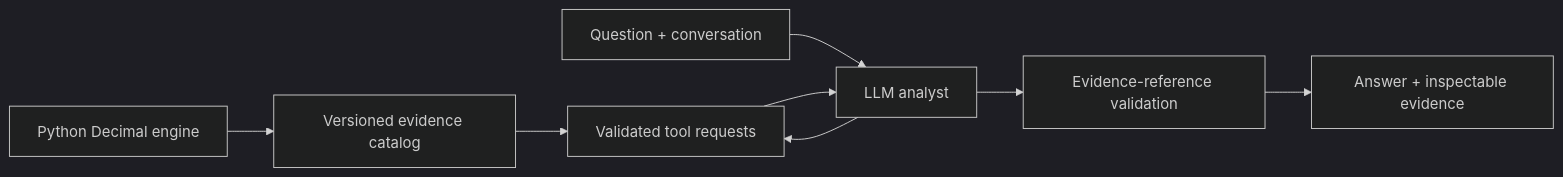
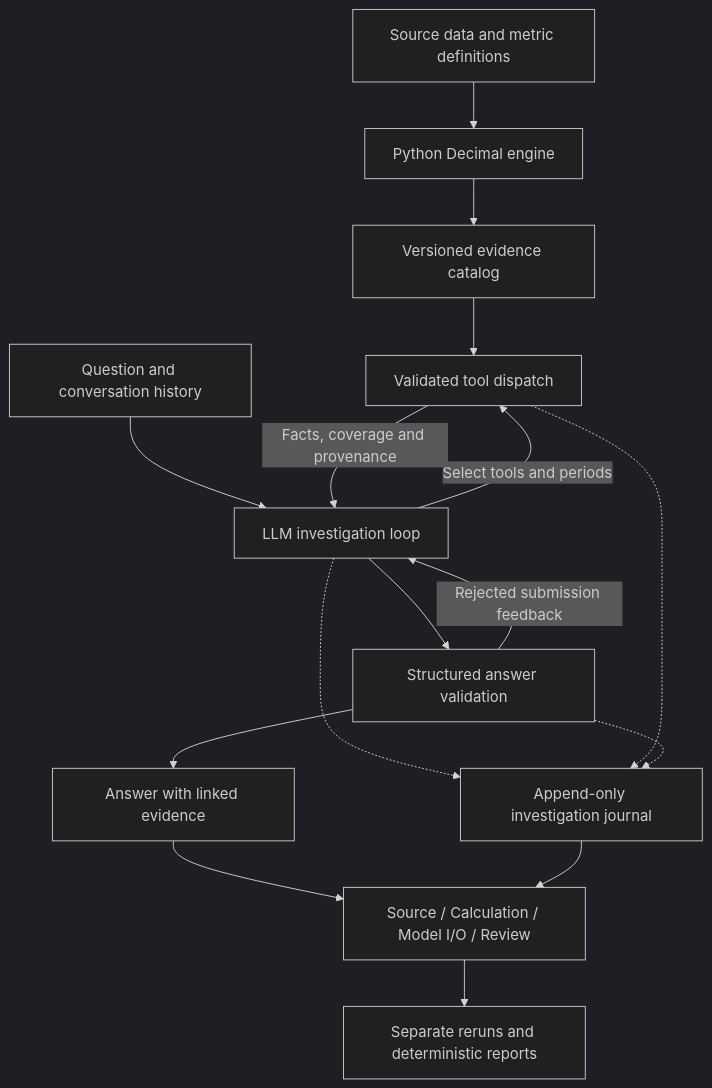
One commit to whwang8/ledger-financial-analyst changed the diagram in README.md. Above: the diagram before and after it, drawn with Mermaid (dark theme). The commit also changed other lines of this file and 1 other file, not shown here.

Commit message:
Document Ledger architecture, evaluation evidence and local setup

````diff
--- a/README.md
+++ b/README.md
@@ -48,10 +44,18 @@
 ```mermaid
-flowchart LR
-    P[Python Decimal engine] --> C[Versioned evidence catalog]
-    U[Question + conversation] --> A[LLM analyst]
-    A --> T[Validated tool requests]
+flowchart TD
+    S[Source data and metric definitions] --> P[Python Decimal engine]
+    P --> C[Versioned evidence catalog]
+    Q[Question and conversation history] --> A[LLM investigation loop]
+    A -->|Select tools and periods| T[Validated tool dispatch]
     C --> T
-    T --> A
-    A --> V[Evidence-reference validation]
-    V --> R[Answer + inspectable evidence]
+    T -->|Facts, coverage and provenance| A
+    A --> V[Structured answer validation]
+    V -->|Rejected submission feedback| A
+    V --> O[Answer with linked evidence]
+    A -.-> J[Append-only investigation journal]
+    T -.-> J
+    V -.-> J
+    O --> R[Source / Calculation / Model I/O / Review]
+    J --> R
+    R --> E[Separate reruns and deterministic reports]
 ```
````
